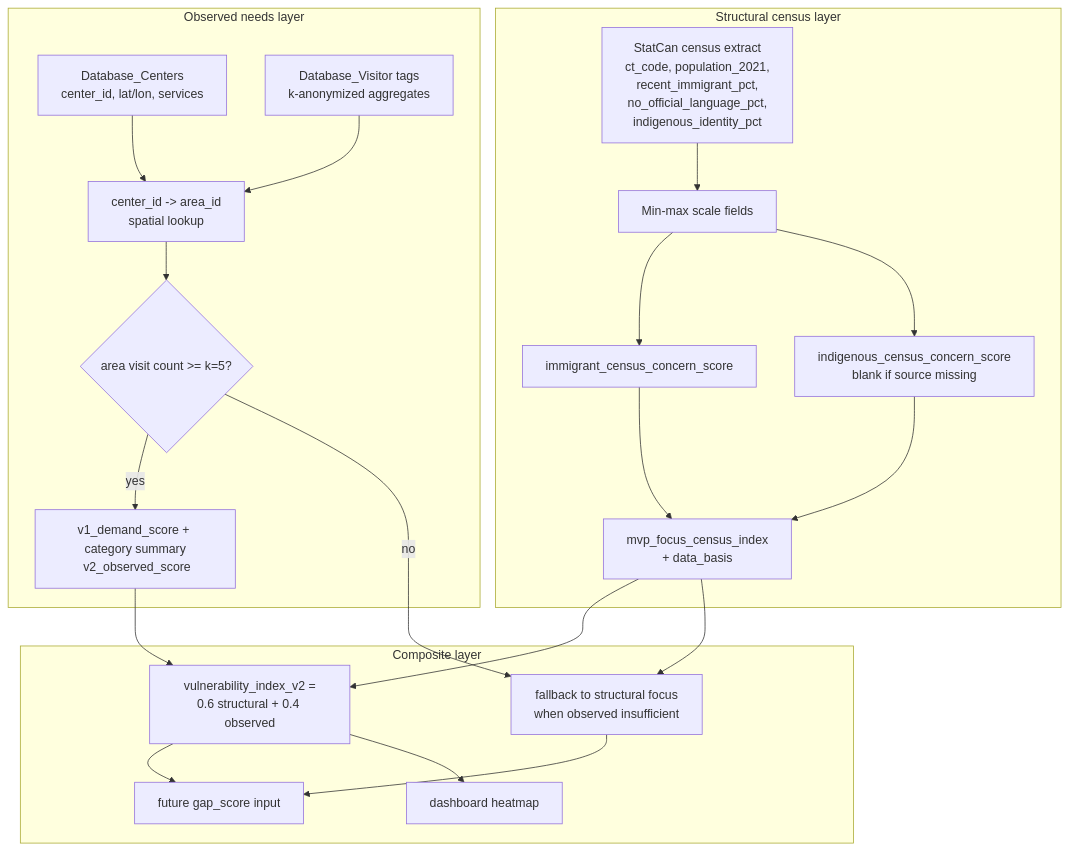
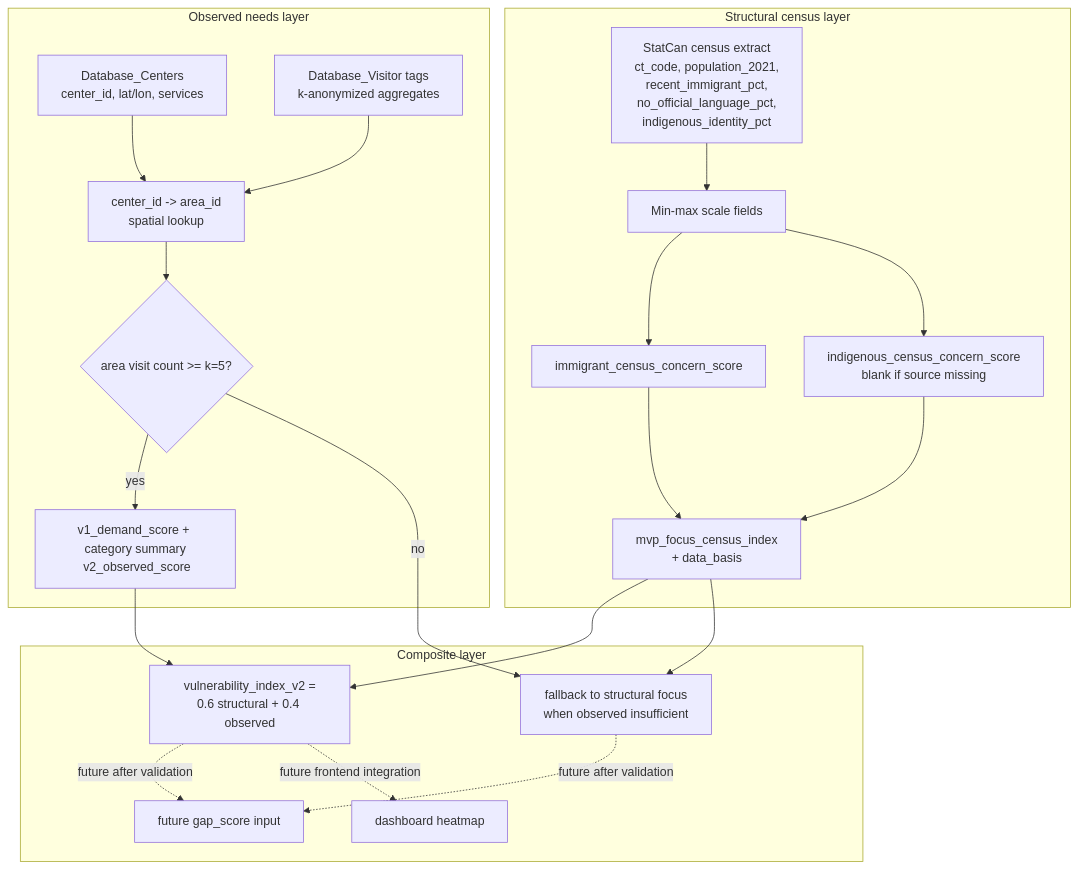
The diagram in docs/vulnerability-index-v2-plan.md (frondyff/comm_need_radar), drawn with Mermaid before and after one commit. The commit also changed other lines of this file and 12 other files, not shown here.

````diff
--- a/docs/vulnerability-index-v2-plan.md
+++ b/docs/vulnerability-index-v2-plan.md
@@ -487,56 +496,56 @@
 ```mermaid
 flowchart TB
     subgraph STRUCT["Structural census layer"]
         CENSUS["StatCan census extract
 ct_code, population_2021,
 recent_immigrant_pct,
 no_official_language_pct,
 indigenous_identity_pct"]
         SCALE["Min-max scale fields"]
         IMMI["immigrant_census_concern_score"]
         INDIG["indigenous_census_concern_score
 blank if source missing"]
         FOCUS["mvp_focus_census_index
 + data_basis"]
     end
 
     subgraph OBS["Observed needs layer"]
         CENTERS["Database_Centers
 center_id, lat/lon, services"]
         VISITS["Database_Visitor tags
 k-anonymized aggregates"]
         LOOKUP["center_id -> area_id
 spatial lookup"]
         KFLOOR{"area visit count >= k=5?"}
         OBSIDX["v1_demand_score + category summary
  v2_observed_score"]
     end
 
     subgraph V2["Composite layer"]
         COMPOSITE["vulnerability_index_v2 =
 0.6 structural + 0.4 observed"]
         FALLBACK["fallback to structural focus
 when observed insufficient"]
         GAP["future gap_score input"]
         HEAT["dashboard heatmap"]
     end
 
     CENSUS --> SCALE
     SCALE --> IMMI
     SCALE --> INDIG
     IMMI --> FOCUS
     INDIG --> FOCUS
 
     CENTERS --> LOOKUP
     VISITS --> LOOKUP
     LOOKUP --> KFLOOR
     KFLOOR -- yes --> OBSIDX
     KFLOOR -- no --> FALLBACK
 
     FOCUS --> COMPOSITE
     OBSIDX --> COMPOSITE
     FOCUS --> FALLBACK
-    COMPOSITE --> GAP
-    FALLBACK --> GAP
-    COMPOSITE --> HEAT
+    COMPOSITE -.->|"future after validation"| GAP
+    FALLBACK -.->|"future after validation"| GAP
+    COMPOSITE -.->|"future frontend integration"| HEAT
 ```
````
